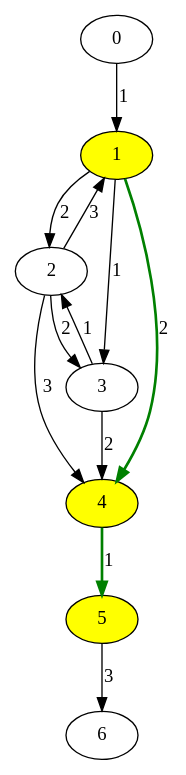
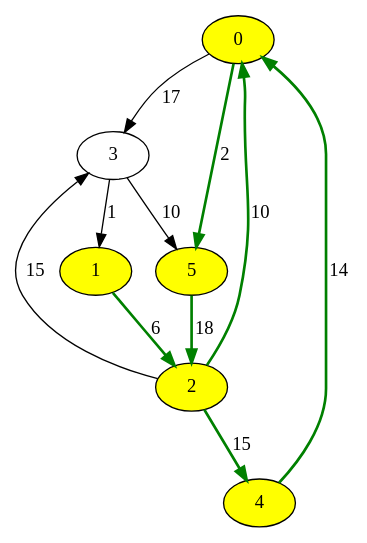
Before and after one commit to quanganhquanganh/Discrete-Maths-Graph-Library: the diagram in files/dfs.dot, drawn with Graphviz. The commit also changed 23 other files, not shown here.

```diff
--- a/files/dfs.dot
+++ b/files/dfs.dot
@@ -1,20 +1,18 @@
 digraph {
-	0 [xlabel = ""];
+	0 [fillcolor = yellow, style=filled];
 	1 [fillcolor = yellow, style=filled];
-	2 [xlabel = ""];
+	2 [fillcolor = yellow, style=filled];
 	3 [xlabel = ""];
 	4 [fillcolor = yellow, style=filled];
 	5 [fillcolor = yellow, style=filled];
-	6 [xlabel = ""];
-	0 -> 1[label=1];
-	1 -> 2[label=2];
-	1 -> 3[label=1];
-	1 -> 4[label=2, color=green, penwidth=2.0];
-	2 -> 1[label=3];
-	2 -> 3[label=2];
-	2 -> 4[label=3];
-	3 -> 2[label=1];
-	3 -> 4[label=2];
-	4 -> 5[label=1, color=green, penwidth=2.0];
-	5 -> 6[label=3];
+	0 -> 3[label=17];
+	0 -> 5[label=2, color=green, penwidth=2.0];
+	1 -> 2[label=6, color=green, penwidth=2.0];
+	2 -> 0[label=10, color=green, penwidth=2.0];
+	2 -> 3[label=15];
+	2 -> 4[label=15, color=green, penwidth=2.0];
+	3 -> 1[label=1];
+	3 -> 5[label=10];
+	4 -> 0[label=14, color=green, penwidth=2.0];
+	5 -> 2[label=18, color=green, penwidth=2.0];
 }
```
